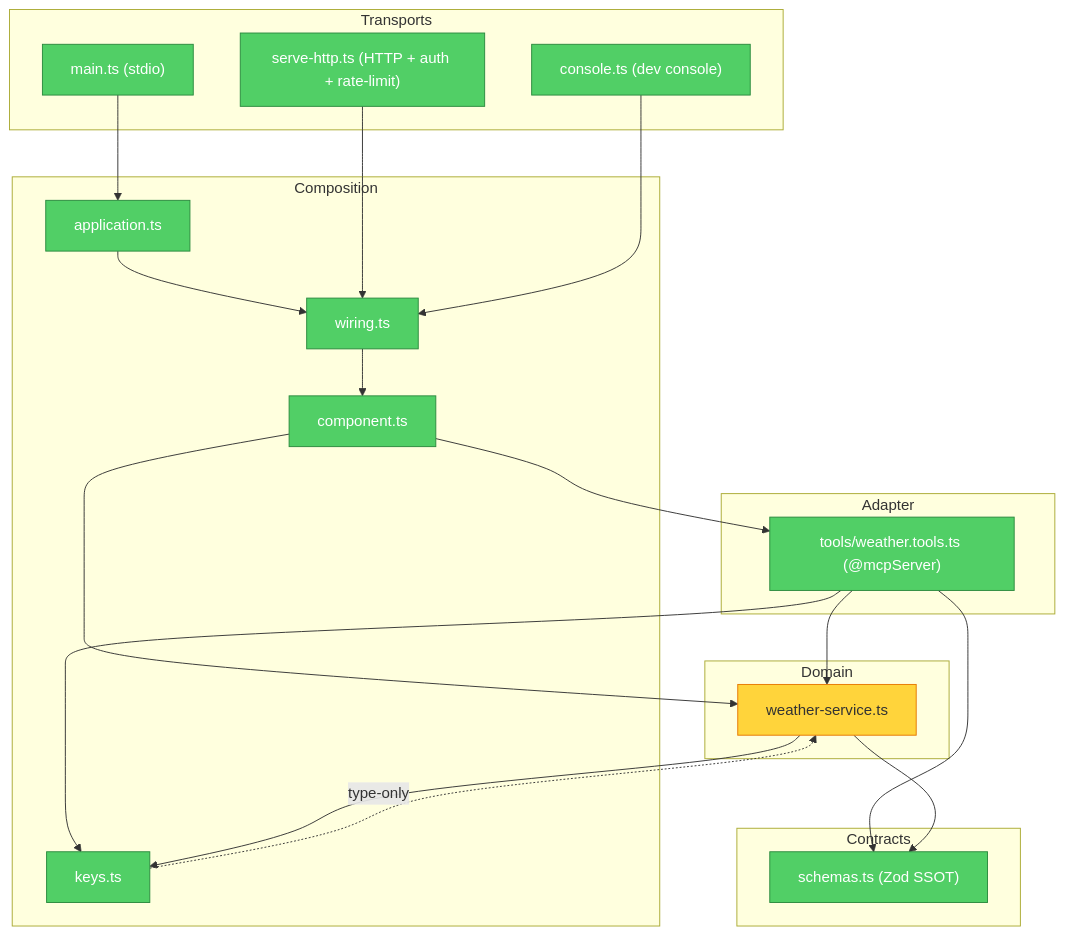
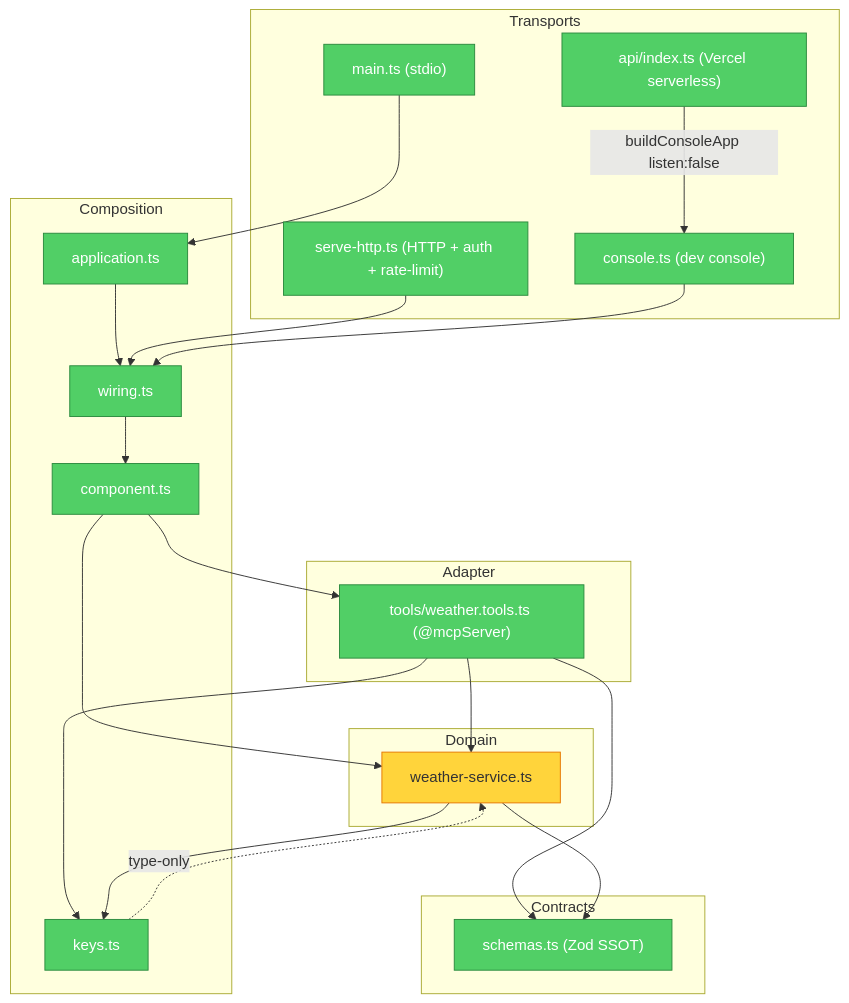
The diagram in docs/architecture.md (ninemindai/agentback-demo), drawn with Mermaid before and after one commit. The commit also changed other lines of this file and 3 other files, not shown here.

First line of the commit message:
docs(architecture): reflect serverless console deploy (api/index.ts)

````diff
--- a/docs/architecture.md
+++ b/docs/architecture.md
@@ -16,47 +18,49 @@
 ```mermaid
 graph TD
   subgraph Transports
     main["main.ts (stdio)"]
     serveHttp["serve-http.ts (HTTP + auth + rate-limit)"]
     console["console.ts (dev console)"]
+    api["api/index.ts (Vercel serverless)"]
   end
 
   subgraph Composition
     application["application.ts"]
     wiring["wiring.ts"]
     component["component.ts"]
     keys["keys.ts"]
   end
 
   subgraph Adapter
     tools["tools/weather.tools.ts (@mcpServer)"]
   end
 
   subgraph Domain
     service["weather-service.ts"]
   end
 
   subgraph Contracts
     schemas["schemas.ts (Zod SSOT)"]
   end
 
   main --> application
   application --> wiring
   serveHttp --> wiring
   console --> wiring
+  api -->|buildConsoleApp listen:false| console
   wiring --> component
   component --> tools
   component --> service
   tools --> service
   tools --> keys
   tools --> schemas
   service --> keys
   service --> schemas
   keys -.->|type-only| service
 
   classDef warning fill:#ffd43b,stroke:#e67700
   classDef clean fill:#51cf66,stroke:#2b8a3e,color:#fff
 
   class service warning
-  class main,serveHttp,console,application,wiring,component,keys,tools,schemas clean
+  class main,serveHttp,console,api,application,wiring,component,keys,tools,schemas clean
 ```
````
